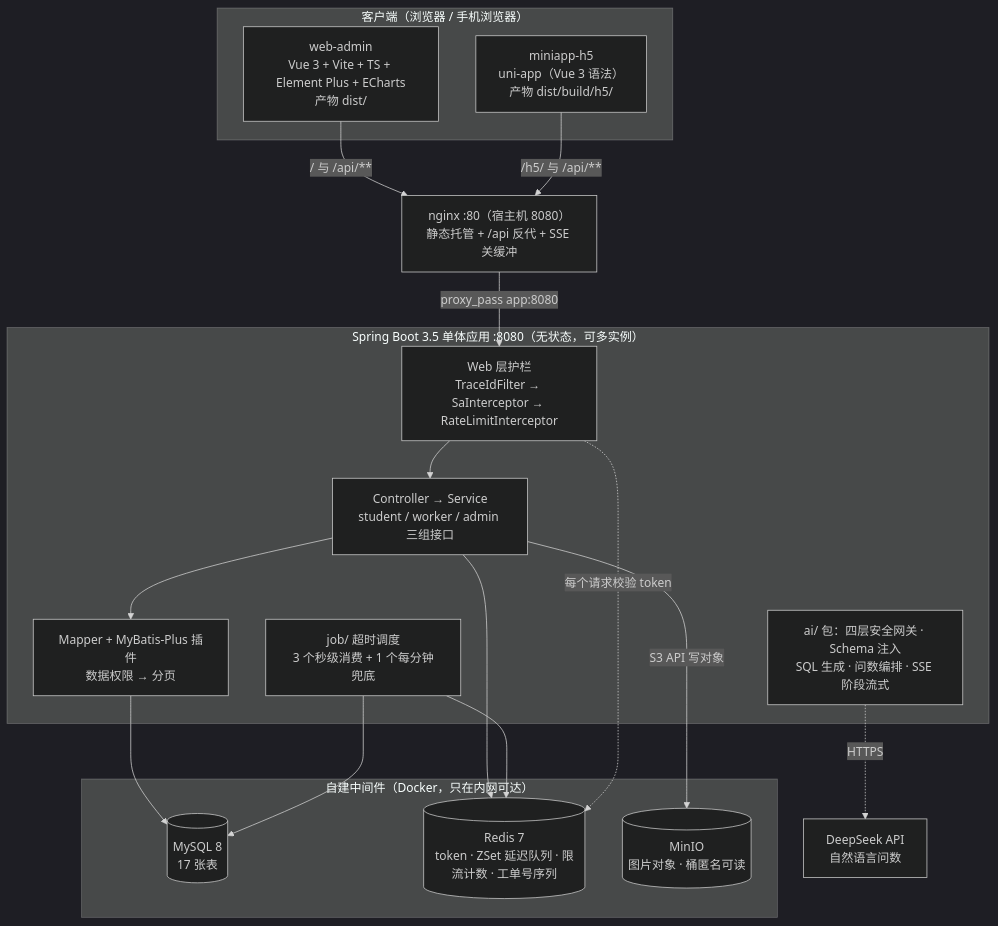
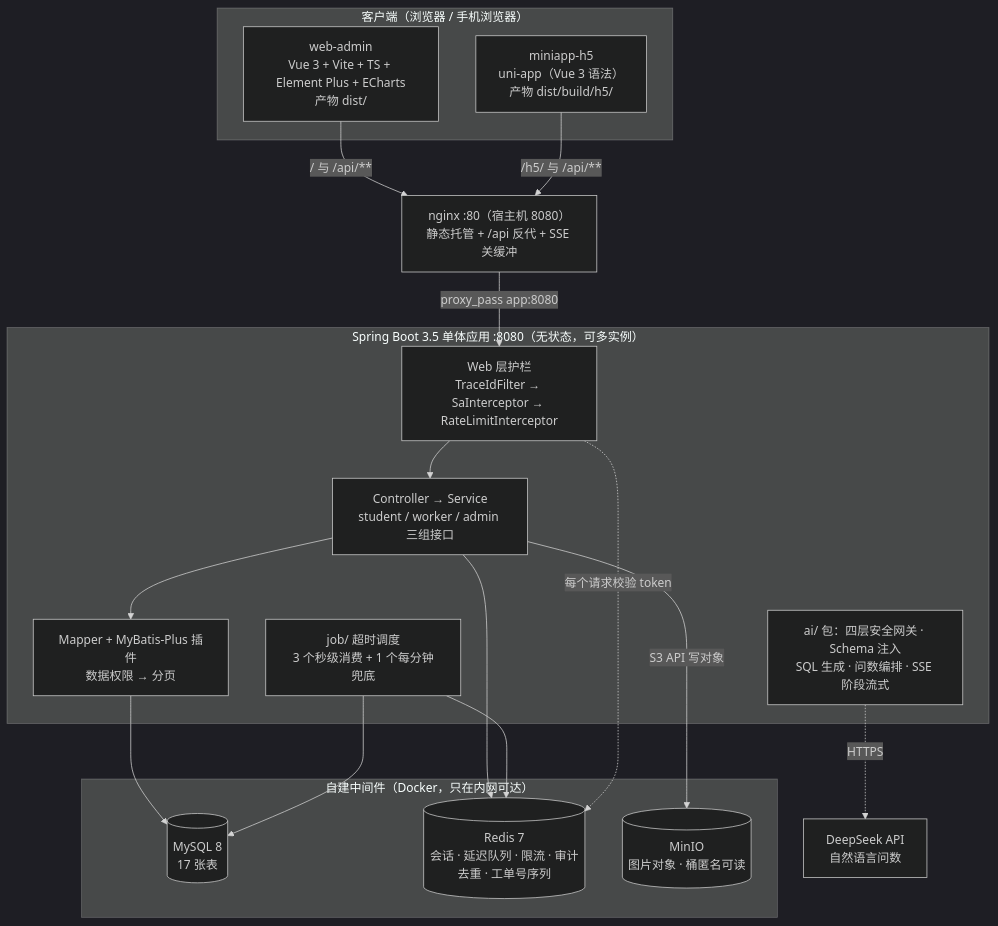
The second of 13 diagrams in docs/06-架构图.md (bluemalic/repair-platform), drawn with Mermaid (dark theme) before and after one commit. The commit also changed other lines of this file and 2 other files, not shown here.

Commit message:
chore(cleanup): 清理过期口径——Redis/MinIO 文档、死代码与 AGENTS 三处修订

````diff
--- a/docs/06-架构图.md
+++ b/docs/06-架构图.md
@@ -76,38 +76,38 @@
 ```mermaid
 flowchart TB
     subgraph client["客户端（浏览器 / 手机浏览器）"]
         adminApp["web-admin<br/>Vue 3 + Vite + TS + Element Plus + ECharts<br/>产物 dist/"]
         h5App["miniapp-h5<br/>uni-app（Vue 3 语法）<br/>产物 dist/build/h5/"]
     end
 
     nginx["nginx :80（宿主机 8080）<br/>静态托管 + /api 反代 + SSE 关缓冲"]
 
     subgraph boot["Spring Boot 3.5 单体应用 :8080（无状态，可多实例）"]
         guard["Web 层护栏<br/>TraceIdFilter → SaInterceptor → RateLimitInterceptor"]
         biz["Controller → Service<br/>student / worker / admin 三组接口"]
         orm["Mapper + MyBatis-Plus 插件<br/>数据权限 → 分页"]
         sched["job/ 超时调度<br/>3 个秒级消费 + 1 个每分钟兜底"]
         aiPkg["ai/ 包：四层安全网关 · Schema 注入<br/>SQL 生成 · 问数编排 · SSE 阶段流式"]
     end
 
     subgraph infra["自建中间件（Docker，只在内网可达）"]
         mysql[("MySQL 8<br/>17 张表")]
-        redis[("Redis 7<br/>token · ZSet 延迟队列 · 限流计数 · 工单号序列")]
+        redis[("Redis 7<br/>会话 · 延迟队列 · 限流 · 审计去重 · 工单号序列")]
         minio[("MinIO<br/>图片对象 · 桶匿名可读")]
     end
 
     deepseek["DeepSeek API<br/>自然语言问数"]
 
     adminApp -->|"/ 与 /api/**"| nginx
     h5App -->|"/h5/ 与 /api/**"| nginx
     nginx -->|"proxy_pass app:8080"| guard
     guard --> biz
     biz --> orm
     orm --> mysql
     biz --> redis
     biz -->|"S3 API 写对象"| minio
     sched --> redis
     sched --> mysql
     guard -.->|"每个请求校验 token"| redis
     aiPkg -.->|"HTTPS"| deepseek
 ```
````
